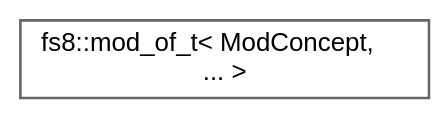
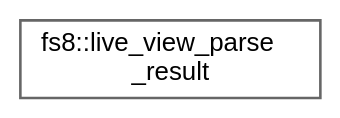
Before and after one commit to the-moisrex/foresight: the diagram in api/inherit_graph_86.dot, drawn with Graphviz. The commit also changed 234 other files, not shown here.

```diff
--- a/api/inherit_graph_86.dot
+++ b/api/inherit_graph_86.dot
@@ -1,9 +1,9 @@
 digraph "Graphical Class Hierarchy"
 {
  // LATEX_PDF_SIZE
   bgcolor="transparent";
   edge [fontname=Helvetica,fontsize=10,labelfontname=Helvetica,labelfontsize=10];
   node [fontname=Helvetica,fontsize=10,shape=box,height=0.2,width=0.4];
   rankdir="LR";
-  Node0 [id="Node000000",label="fs8::mod_of_t\< ModConcept,\l... \>",height=0.2,width=0.4,color="grey40", fillcolor="white", style="filled",URL="$structfs8_1_1mod__of__t.html",tooltip=" "];
+  Node0 [id="Node000000",label="fs8::live_view_parse\l_result",height=0.2,width=0.4,color="grey40", fillcolor="white", style="filled",URL="$structfs8_1_1live__view__parse__result.html",tooltip="Parse result extended with source_id."];
 }
```
